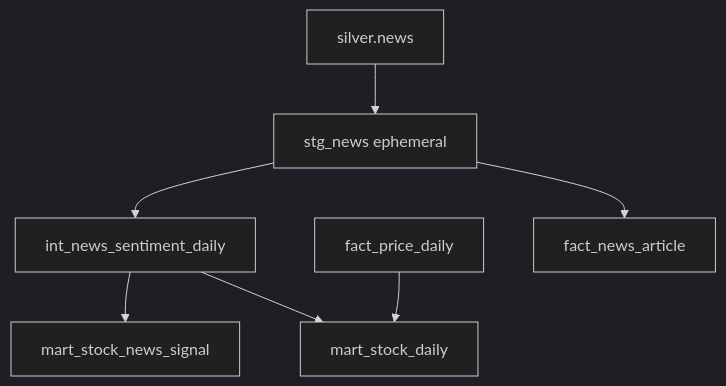
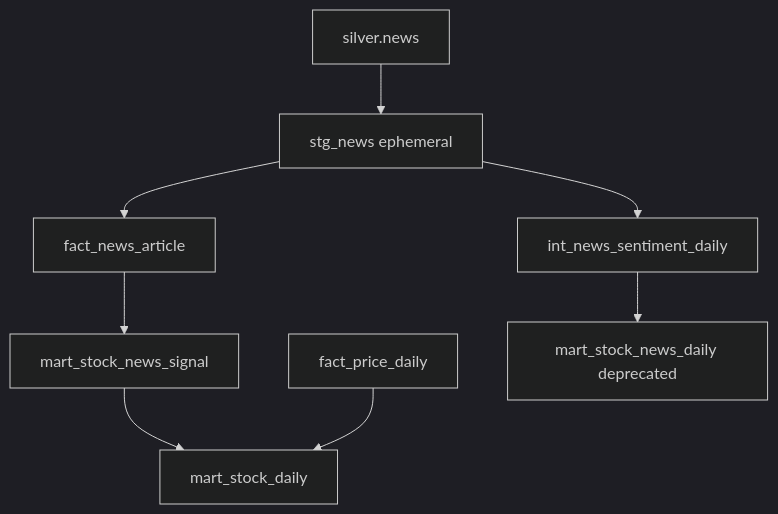
The second of 2 diagrams in Docs/News_data_flow.md (tduy2101/stock-pipeline), drawn with Mermaid (dark theme) before and after one commit. The commit also changed other lines of this file and 23 other files, not shown here.

````diff
--- a/Docs/News_data_flow.md
+++ b/Docs/News_data_flow.md
@@ -695,16 +696,17 @@
 ```mermaid
 flowchart TB
   sn[silver.news]
   stg[stg_news ephemeral]
   int[int_news_sentiment_daily]
   msn[mart_stock_news_signal]
   fpd[fact_price_daily]
   msd[mart_stock_daily]
 
   sn --> stg
   stg --> int
   stg --> fna[fact_news_article]
-  int --> msn
-  int --> msd
+  int --> msnd[mart_stock_news_daily deprecated]
+  fna --> msn
+  msn --> msd
   fpd --> msd
 ```
````
